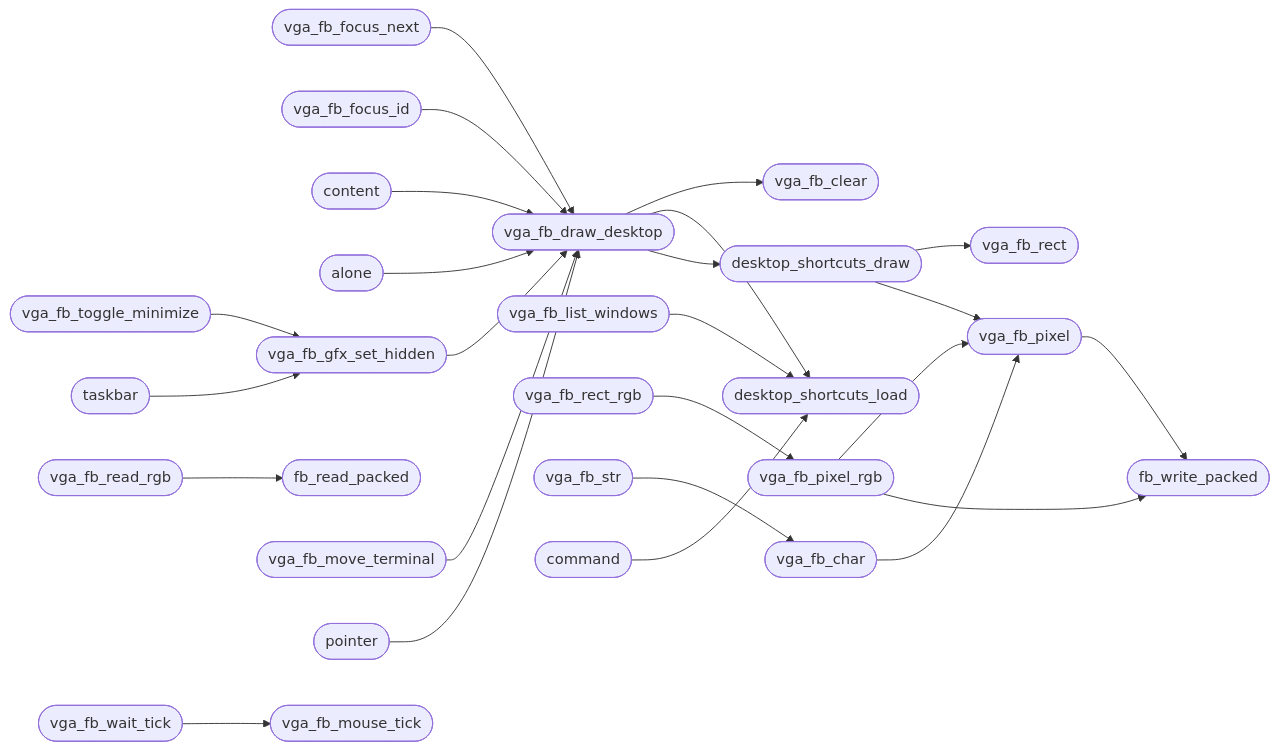
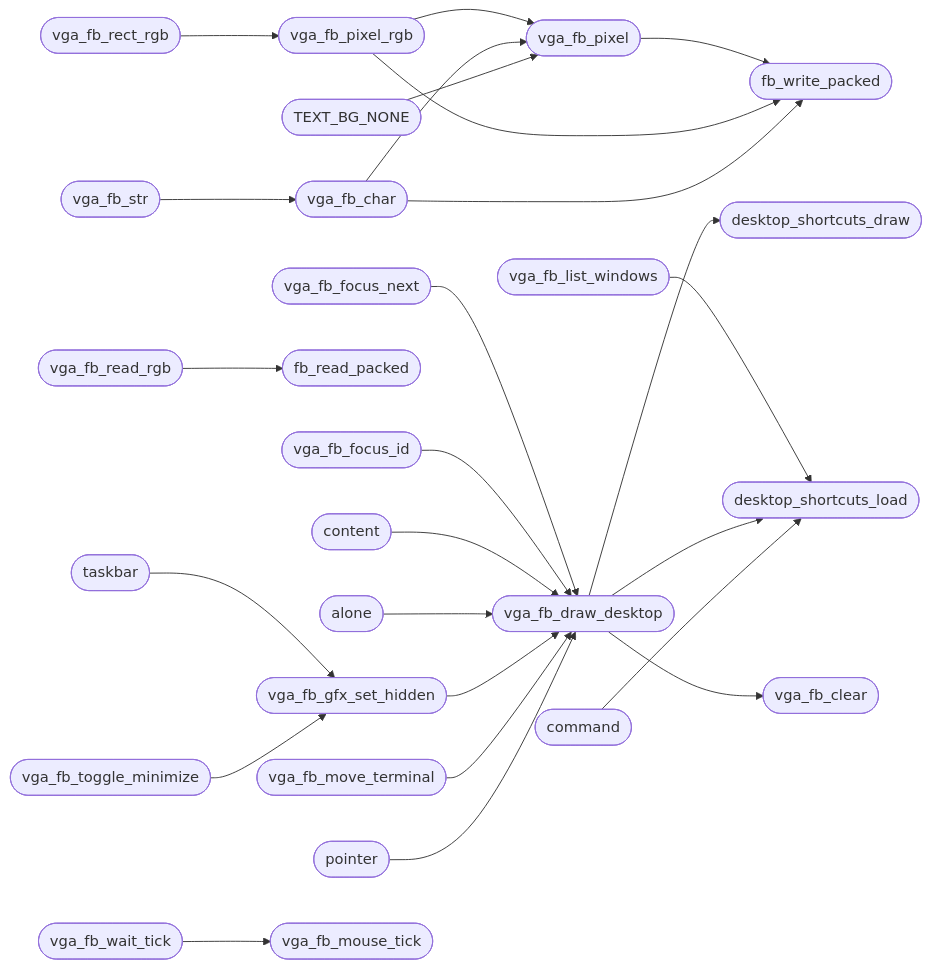
Before and after one commit to grisuno/miniOS: the second of 2 diagrams in readmenator-apidocs/modules/kernel.vga_fb.c.md, drawn with Mermaid. The commit also changed other lines of this file and 222 other files, not shown here.

````diff
--- a/readmenator-apidocs/modules/kernel.vga_fb.c.md
+++ b/readmenator-apidocs/modules/kernel.vga_fb.c.md
@@ -15,53 +28,53 @@
 ```mermaid
 flowchart LR
     n_kernel_vga_fb_c__vga_fb_focus_next(["vga_fb_focus_next"])
     n_kernel_vga_fb_c__vga_fb_draw_desktop(["vga_fb_draw_desktop"])
     n_kernel_vga_fb_c__vga_fb_focus_id(["vga_fb_focus_id"])
     n_kernel_vga_fb_c__content(["content"])
     n_kernel_vga_fb_c__alone(["alone"])
     n_kernel_vga_fb_c__vga_fb_list_windows(["vga_fb_list_windows"])
     n_kernel_vga_fb_c__desktop_shortcuts_load(["desktop_shortcuts_load"])
     n_kernel_vga_fb_c__vga_fb_read_rgb(["vga_fb_read_rgb"])
     n_kernel_vga_fb_c__fb_read_packed(["fb_read_packed"])
     n_kernel_vga_fb_c__vga_fb_pixel(["vga_fb_pixel"])
     n_kernel_vga_fb_c__fb_write_packed(["fb_write_packed"])
     n_kernel_vga_fb_c__vga_fb_pixel_rgb(["vga_fb_pixel_rgb"])
     n_kernel_vga_fb_c__vga_fb_rect_rgb(["vga_fb_rect_rgb"])
     n_kernel_vga_fb_c__vga_fb_char(["vga_fb_char"])
     n_kernel_vga_fb_c__vga_fb_str(["vga_fb_str"])
+    n_kernel_vga_fb_c__TEXT_BG_NONE(["TEXT_BG_NONE"])
     n_kernel_vga_fb_c__taskbar(["taskbar"])
     n_kernel_vga_fb_c__vga_fb_gfx_set_hidden(["vga_fb_gfx_set_hidden"])
     n_kernel_vga_fb_c__desktop_shortcuts_draw(["desktop_shortcuts_draw"])
     n_kernel_vga_fb_c__vga_fb_clear(["vga_fb_clear"])
     n_kernel_vga_fb_c__vga_fb_toggle_minimize(["vga_fb_toggle_minimize"])
     n_kernel_vga_fb_c__vga_fb_move_terminal(["vga_fb_move_terminal"])
-    n_kernel_vga_fb_c__vga_fb_rect(["vga_fb_rect"])
     n_kernel_vga_fb_c__command(["command"])
     n_kernel_vga_fb_c__pointer(["pointer"])
     n_kernel_vga_fb_c__vga_fb_wait_tick(["vga_fb_wait_tick"])
     n_kernel_vga_fb_c__vga_fb_mouse_tick(["vga_fb_mouse_tick"])
     n_kernel_vga_fb_c__vga_fb_focus_next --> n_kernel_vga_fb_c__vga_fb_draw_desktop
     n_kernel_vga_fb_c__vga_fb_focus_id --> n_kernel_vga_fb_c__vga_fb_draw_desktop
     n_kernel_vga_fb_c__content --> n_kernel_vga_fb_c__vga_fb_draw_desktop
     n_kernel_vga_fb_c__alone --> n_kernel_vga_fb_c__vga_fb_draw_desktop
     n_kernel_vga_fb_c__vga_fb_list_windows --> n_kernel_vga_fb_c__desktop_shortcuts_load
     n_kernel_vga_fb_c__vga_fb_read_rgb --> n_kernel_vga_fb_c__fb_read_packed
     n_kernel_vga_fb_c__vga_fb_pixel --> n_kernel_vga_fb_c__fb_write_packed
     n_kernel_vga_fb_c__vga_fb_pixel_rgb --> n_kernel_vga_fb_c__fb_write_packed
     n_kernel_vga_fb_c__vga_fb_pixel_rgb --> n_kernel_vga_fb_c__vga_fb_pixel
     n_kernel_vga_fb_c__vga_fb_rect_rgb --> n_kernel_vga_fb_c__vga_fb_pixel_rgb
+    n_kernel_vga_fb_c__vga_fb_char --> n_kernel_vga_fb_c__fb_write_packed
     n_kernel_vga_fb_c__vga_fb_char --> n_kernel_vga_fb_c__vga_fb_pixel
     n_kernel_vga_fb_c__vga_fb_str --> n_kernel_vga_fb_c__vga_fb_char
+    n_kernel_vga_fb_c__TEXT_BG_NONE --> n_kernel_vga_fb_c__vga_fb_pixel
     n_kernel_vga_fb_c__taskbar --> n_kernel_vga_fb_c__vga_fb_gfx_set_hidden
     n_kernel_vga_fb_c__vga_fb_draw_desktop --> n_kernel_vga_fb_c__desktop_shortcuts_draw
     n_kernel_vga_fb_c__vga_fb_draw_desktop --> n_kernel_vga_fb_c__desktop_shortcuts_load
     n_kernel_vga_fb_c__vga_fb_draw_desktop --> n_kernel_vga_fb_c__vga_fb_clear
     n_kernel_vga_fb_c__vga_fb_gfx_set_hidden --> n_kernel_vga_fb_c__vga_fb_draw_desktop
     n_kernel_vga_fb_c__vga_fb_toggle_minimize --> n_kernel_vga_fb_c__vga_fb_gfx_set_hidden
     n_kernel_vga_fb_c__vga_fb_move_terminal --> n_kernel_vga_fb_c__vga_fb_draw_desktop
-    n_kernel_vga_fb_c__desktop_shortcuts_draw --> n_kernel_vga_fb_c__vga_fb_pixel
-    n_kernel_vga_fb_c__desktop_shortcuts_draw --> n_kernel_vga_fb_c__vga_fb_rect
     n_kernel_vga_fb_c__command --> n_kernel_vga_fb_c__desktop_shortcuts_load
     n_kernel_vga_fb_c__pointer --> n_kernel_vga_fb_c__vga_fb_draw_desktop
     n_kernel_vga_fb_c__vga_fb_wait_tick --> n_kernel_vga_fb_c__vga_fb_mouse_tick
 ```
````
